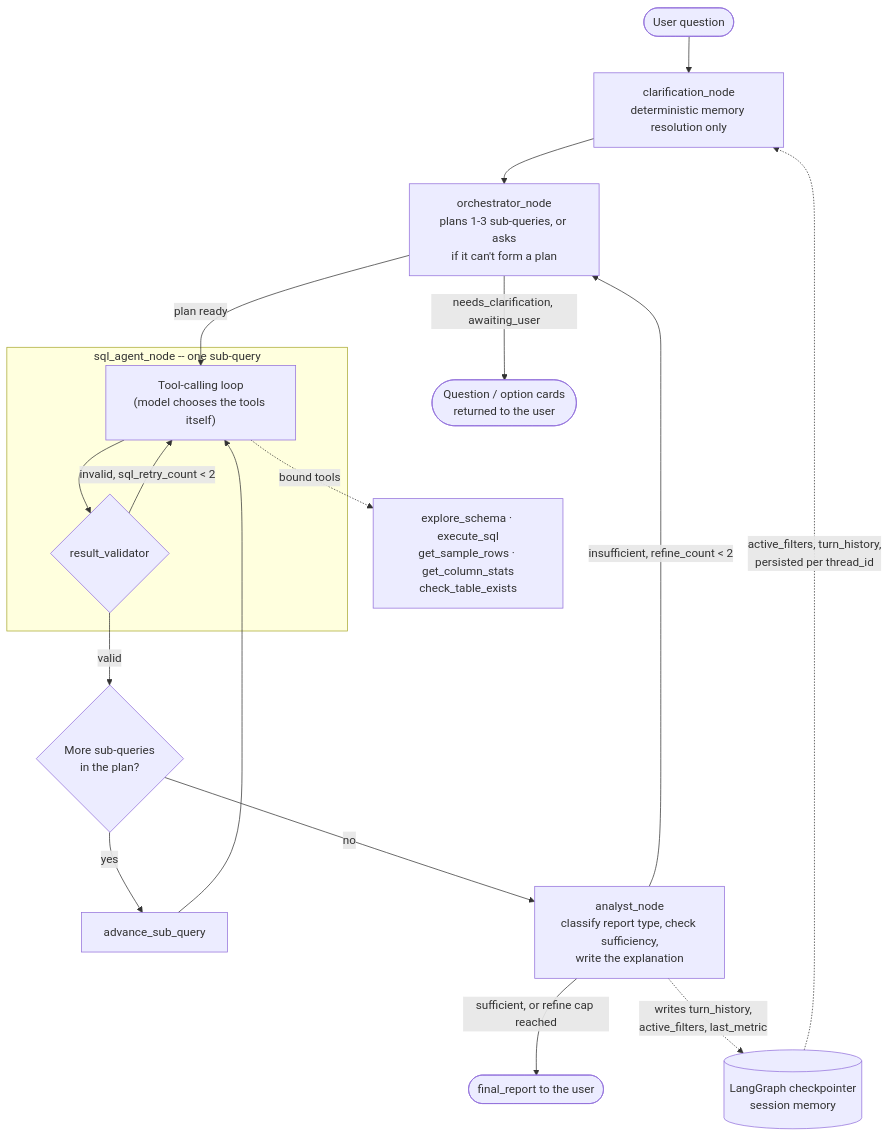
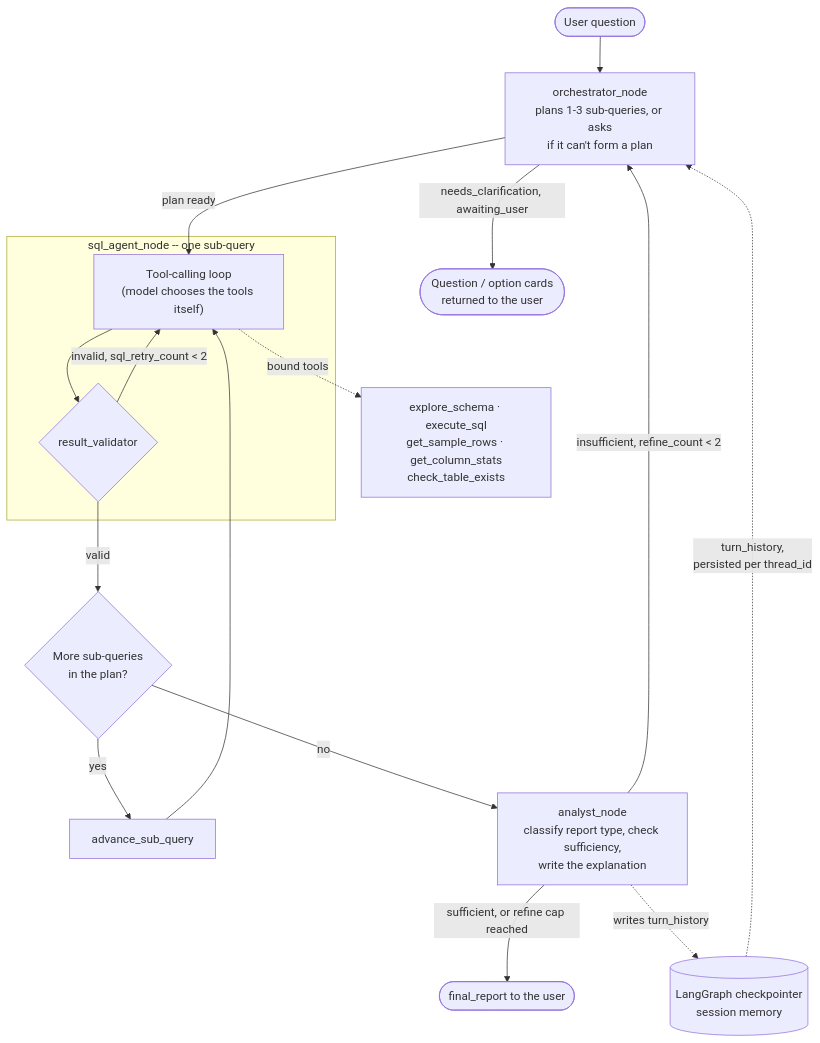
One commit to Sobhin12/Data-Analyst-Agent changed the diagram in README.md. Above: the diagram before and after it, drawn with Mermaid. The commit also changed other lines of this file and 11 other files, not shown here.

Commit message:
feat: Remove clarification node

````diff
--- a/README.md
+++ b/README.md
@@ -9,27 +9,25 @@
 ```mermaid
 flowchart TD
-    U([User question]) --> CLAR["clarification_node<br/>deterministic memory resolution only"]
-
-    CLAR --> ORCH
+    U([User question]) --> ORCH
 
     ORCH["orchestrator_node<br/>plans 1-3 sub-queries, or asks<br/>if it can't form a plan"]
     ORCH -->|needs_clarification, awaiting_user| WAIT([Question / option cards<br/>returned to the user])
     ORCH -->|plan ready| SQL
 
     subgraph SQLAGENT["sql_agent_node -- one sub-query"]
         SQL["Tool-calling loop<br/>(model chooses the tools itself)"] --> VAL{"result_validator"}
         VAL -->|invalid, sql_retry_count < 2| SQL
     end
 
     SQL -.->|bound tools| TOOLS["explore_schema · execute_sql<br/>get_sample_rows · get_column_stats<br/>check_table_exists"]
 
     VAL -->|valid| MORE{More sub-queries<br/>in the plan?}
     MORE -->|yes| ADV[advance_sub_query] --> SQL
     MORE -->|no| ANALYST
 
     ANALYST["analyst_node<br/>classify report type, check sufficiency,<br/>write the explanation"] -->|insufficient, refine_count < 2| ORCH
     ANALYST -->|sufficient, or refine cap reached| DONE([final_report to the user])
 
-    CP[(LangGraph checkpointer<br/>session memory)] -.->|active_filters, turn_history,<br/>persisted per thread_id| CLAR
-    ANALYST -.->|writes turn_history,<br/>active_filters, last_metric| CP
+    CP[(LangGraph checkpointer<br/>session memory)] -.->|turn_history,<br/>persisted per thread_id| ORCH
+    ANALYST -.->|writes turn_history| CP
 ```
````
